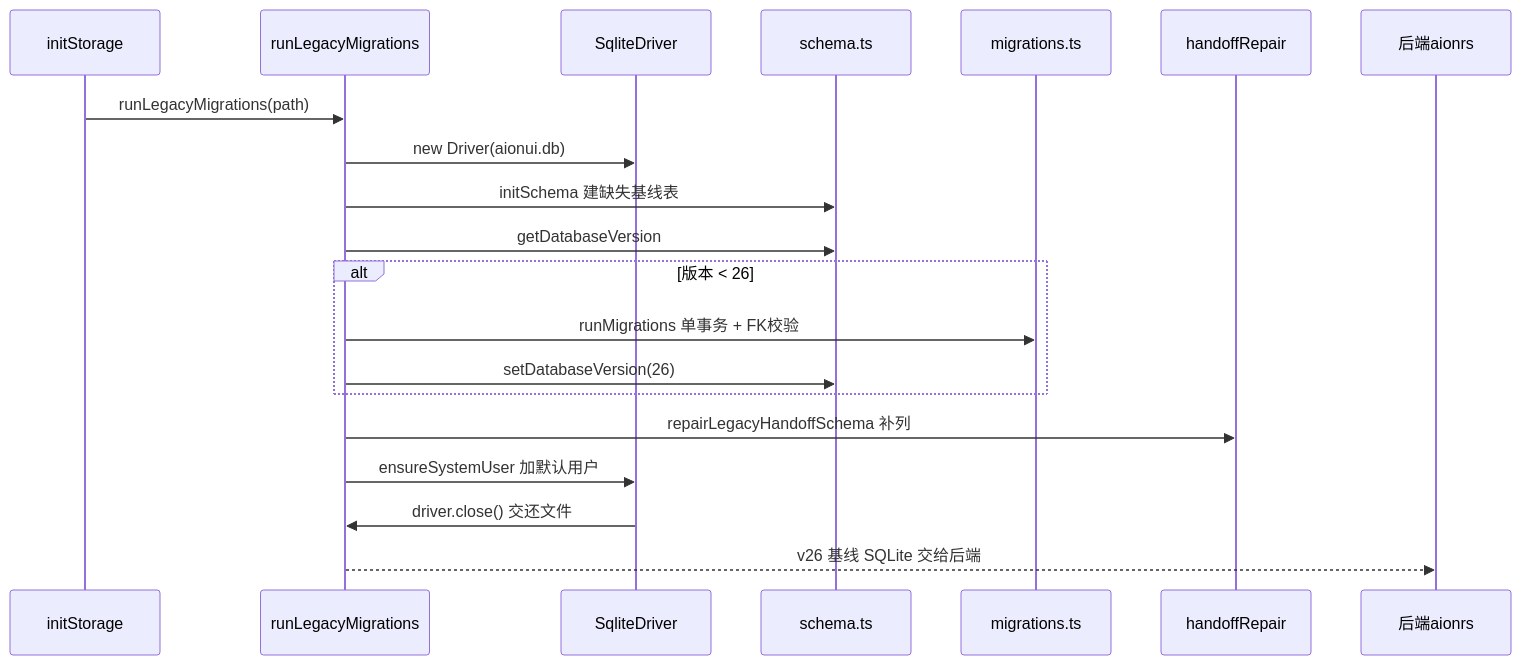
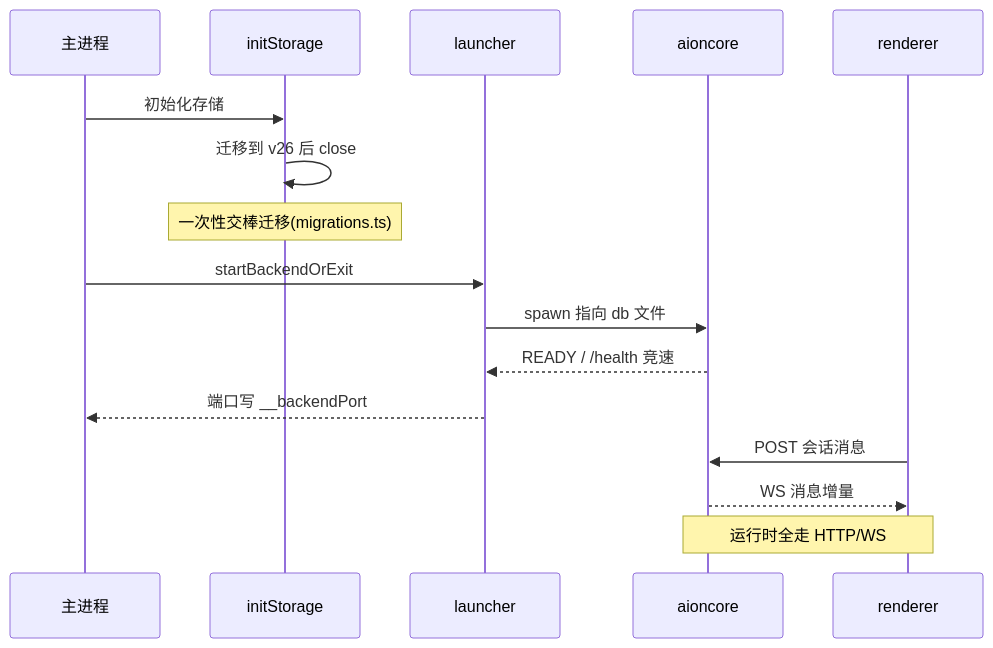
One commit to morehao/oss-insights changed the second of 2 diagrams in ai-agent/aionui/data-model.md. Above: the diagram before and after it, drawn with Mermaid. The commit also changed other lines of this file and 10 other files, not shown here.

````diff
--- a/ai-agent/aionui/data-model.md
+++ b/ai-agent/aionui/data-model.md
@@ -156,23 +254,18 @@
 ```mermaid
 sequenceDiagram
-  participant IS as initStorage
-  participant RL as runLegacyMigrations
-  participant D as SqliteDriver
-  participant SC as schema.ts
-  participant MG as migrations.ts
-  participant RP as handoffRepair
-  participant BL as 后端aionrs
-
-  IS->>RL: runLegacyMigrations(path)
-  RL->>D: new Driver(aionui.db)
-  RL->>SC: initSchema 建缺失基线表
-  RL->>SC: getDatabaseVersion
-  alt 版本 < 26
-    RL->>MG: runMigrations 单事务 + FK校验
-    RL->>SC: setDatabaseVersion(26)
-  end
-  RL->>RP: repairLegacyHandoffSchema 补列
-  RL->>D: ensureSystemUser 加默认用户
-  D->>RL: driver.close() 交还文件
-  RL-->>BL: v26 基线 SQLite 交给后端
+    participant Main as 主进程
+    participant Store as initStorage
+    participant Launch as launcher
+    participant Core as aioncore
+    participant UI as renderer
+    Main->>Store: 初始化存储
+    Store->>Store: 迁移到 v26 后 close
+    Note over Store: 一次性交棒迁移(migrations.ts)
+    Main->>Launch: startBackendOrExit
+    Launch->>Core: spawn 指向 db 文件
+    Core-->>Launch: READY / /health 竞速
+    Launch-->>Main: 端口写 __backendPort
+    UI->>Core: POST 会话消息
+    Core-->>UI: WS 消息增量
+    Note over UI,Core: 运行时全走 HTTP/WS
 ```
````
